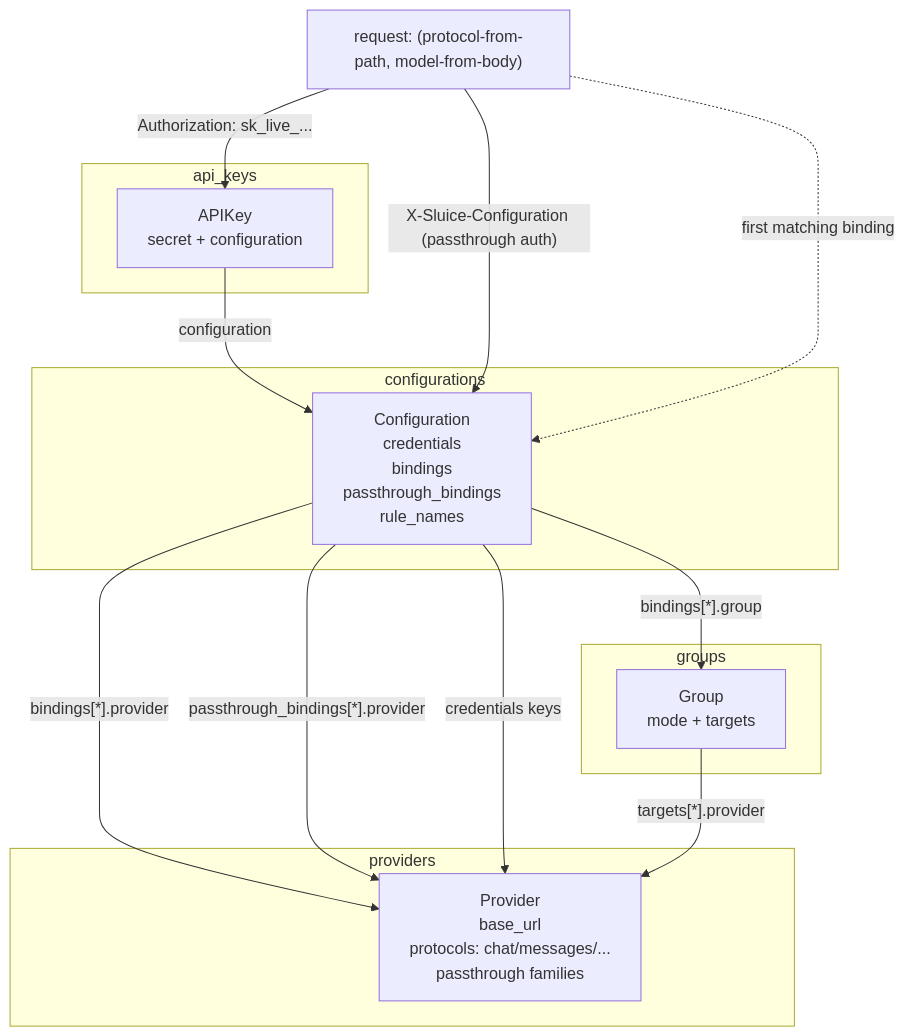
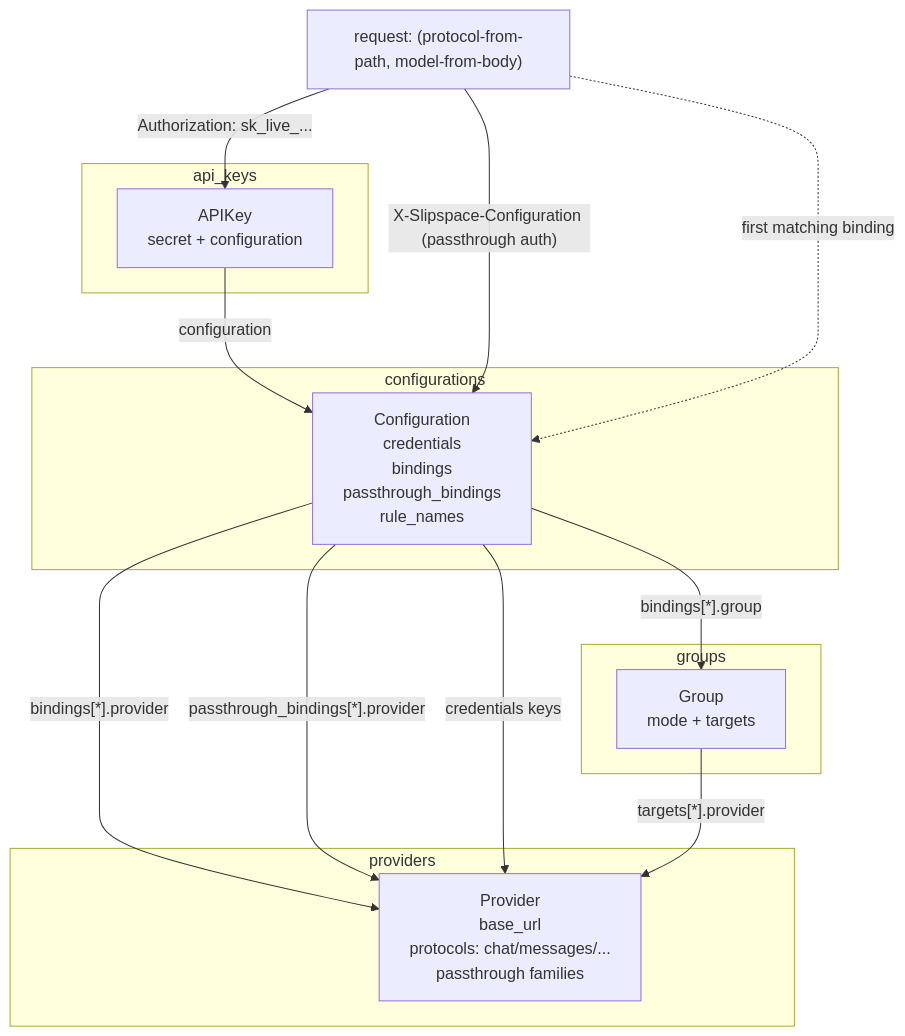
One commit to andyjmorgan/slipspace-gateway changed the second of 2 diagrams in docs/configuration-model.md. Above: the diagram before and after it, drawn with Mermaid. The commit also changed other lines of this file and 212 other files, not shown here.

````diff
--- a/docs/configuration-model.md
+++ b/docs/configuration-model.md
@@ -493,26 +493,26 @@
 ```mermaid
 flowchart TB
     subgraph providersBlock [providers]
         P[Provider<br/>base_url<br/>protocols: chat/messages/...<br/>passthrough families]
     end
     subgraph groupsBlock [groups]
         G[Group<br/>mode + targets]
     end
     subgraph cfgBlock [configurations]
         C[Configuration<br/>credentials<br/>bindings<br/>passthrough_bindings<br/>rule_names]
     end
     subgraph keysBlock [api_keys]
         K[APIKey<br/>secret + configuration]
     end
 
     K -- configuration --> C
     C -- bindings[*].provider --> P
     C -- bindings[*].group --> G
     C -- passthrough_bindings[*].provider --> P
     C -- credentials keys --> P
     G -- targets[*].provider --> P
 
     Req["request: (protocol-from-path, model-from-body)"] -- Authorization: sk_live_... --> K
-    Req -- X-Sluice-Configuration (passthrough auth) --> C
+    Req -- X-Slipspace-Configuration (passthrough auth) --> C
     Req -. first matching binding .-> C
 ```
````
